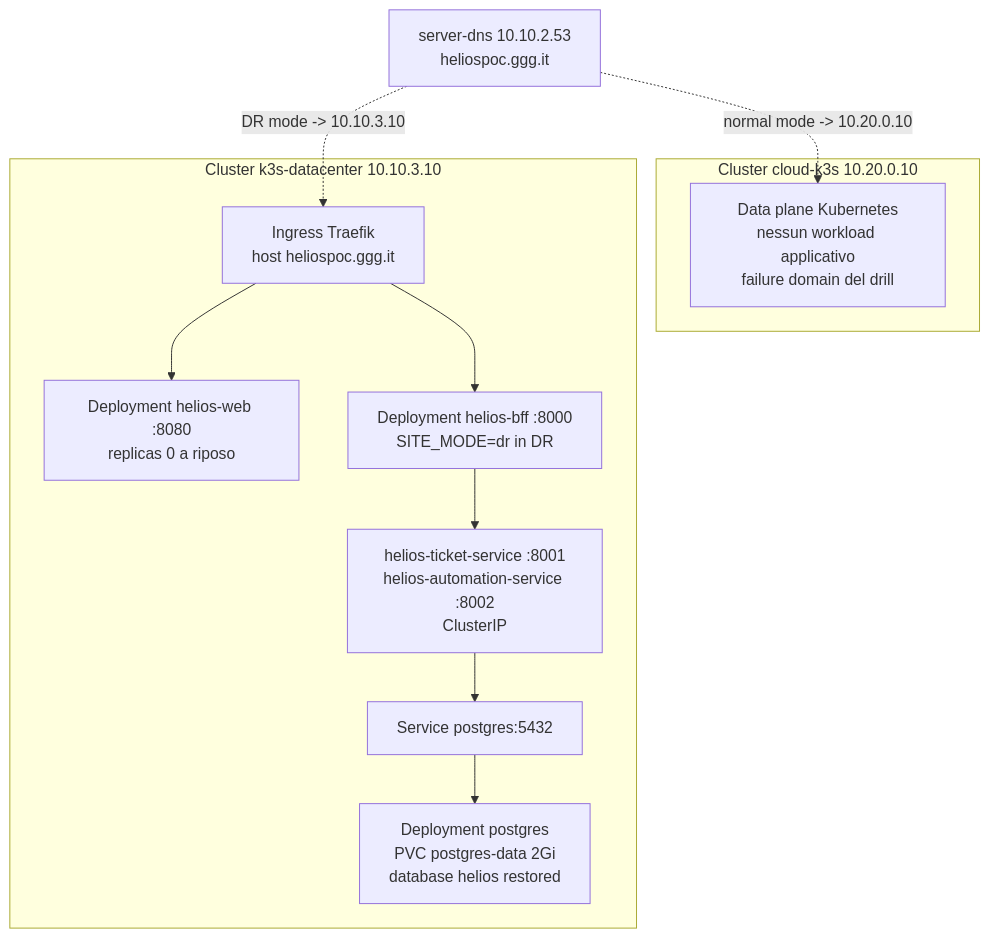
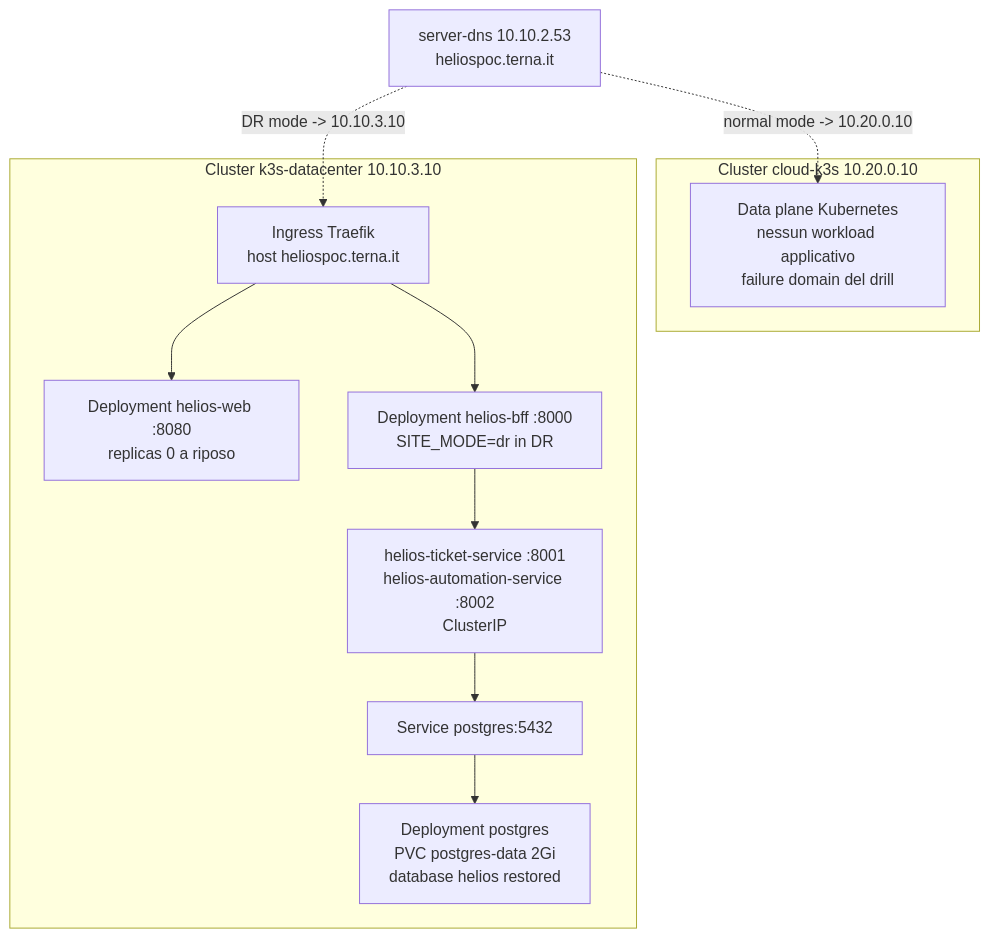
Before and after one commit to LucaCatalano23/MultiCloud-strategy---Reverse-DR: the second of 4 diagrams in automazione/topologia-progetto.md, drawn with Mermaid. The commit also changed other lines of this file and 24 other files, not shown here.

````diff
--- a/automazione/topologia-progetto.md
+++ b/automazione/topologia-progetto.md
@@ -111,23 +111,23 @@
 ```mermaid
 flowchart TB
   subgraph cloud["Cluster cloud-k3s 10.20.0.10"]
     cdp["Data plane Kubernetes\nnessun workload applicativo\nfailure domain del drill"]
   end
 
   subgraph onprem["Cluster k3s-datacenter 10.10.3.10"]
-    oing["Ingress Traefik\nhost heliospoc.ggg.it"]
+    oing["Ingress Traefik\nhost heliospoc.terna.it"]
     oweb["Deployment helios-web :8080\nreplicas 0 a riposo"]
     obff["Deployment helios-bff :8000\nSITE_MODE=dr in DR"]
     osvcs["helios-ticket-service :8001\nhelios-automation-service :8002\nClusterIP"]
     opgsvc["Service postgres:5432"]
     opg["Deployment postgres\nPVC postgres-data 2Gi\ndatabase helios restored"]
     oing --> oweb
     oing --> obff
     obff --> osvcs
     osvcs --> opgsvc --> opg
   end
 
-  dns["server-dns 10.10.2.53\nheliospoc.ggg.it"]
+  dns["server-dns 10.10.2.53\nheliospoc.terna.it"]
   dns -. "normal mode -> 10.20.0.10" .-> cdp
   dns -. "DR mode -> 10.10.3.10" .-> oing
 ```
````
